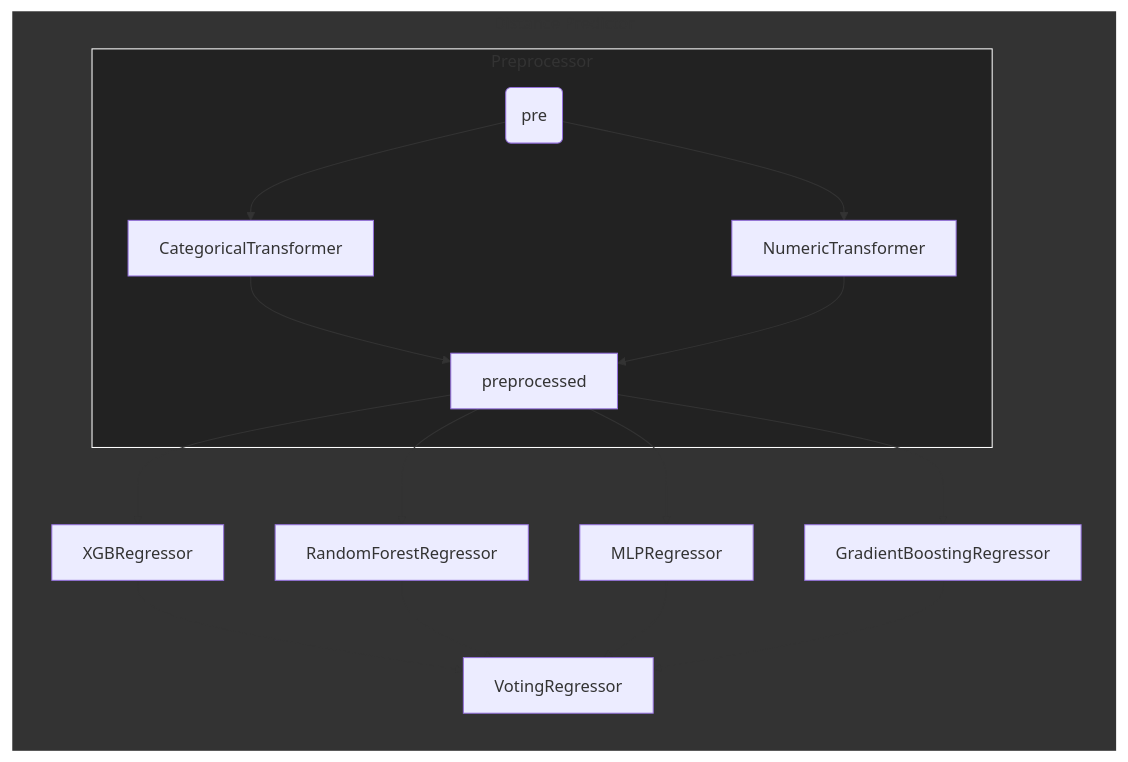
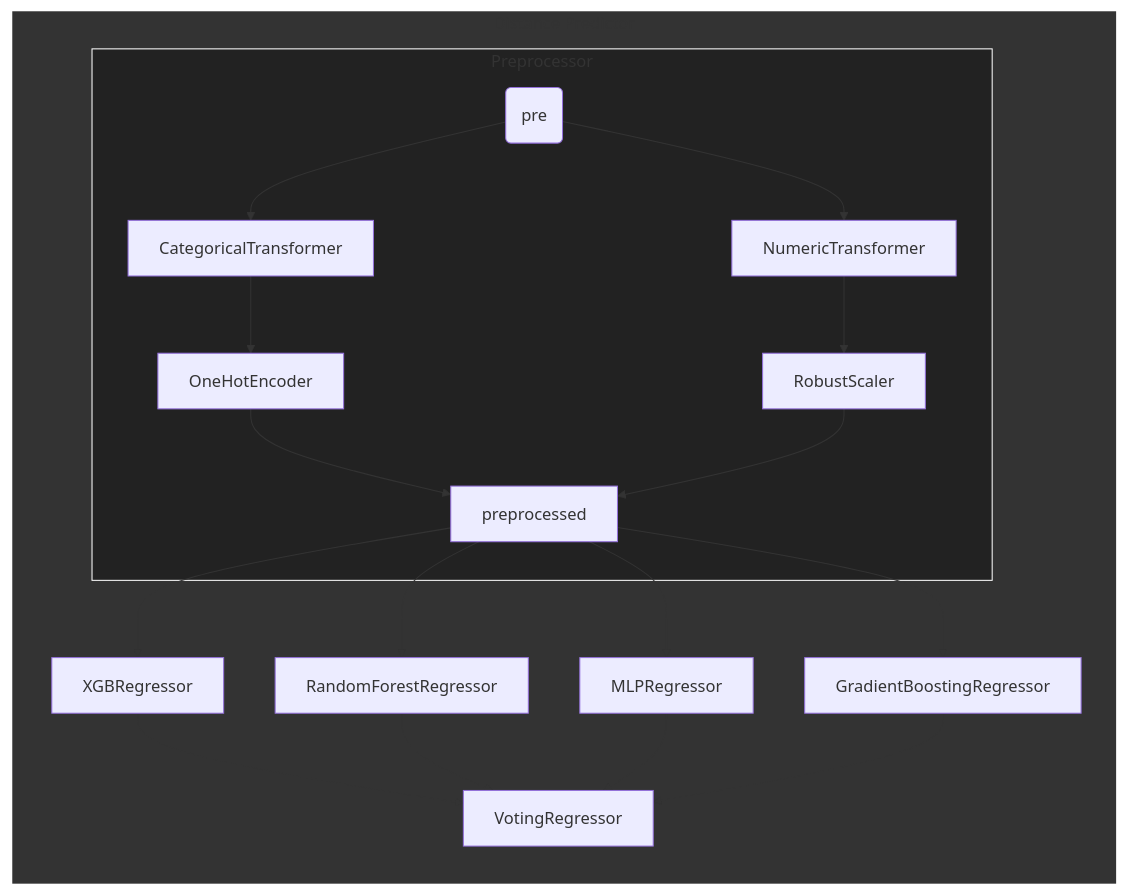
Before and after one commit to NickBok/Baseball: the first of 2 diagrams in Distance-Predictor/README.md, drawn with Mermaid.

````diff
--- a/Distance-Predictor/README.md
+++ b/Distance-Predictor/README.md
@@ -71,21 +71,23 @@
 ```mermaid
 graph LR
     subgraph 1[Distance Predictor]
         subgraph 2[Preprocessor]
             Preprocessor(pre) --> CategoricalTransformer;
             Preprocessor(pre) --> NumericTransformer;
-            CategoricalTransformer --> preprocessed;
-            NumericTransformer --> preprocessed;
+            CategoricalTransformer --> OneHotEncoder;
+            OneHotEncoder --> preprocessed;
+            NumericTransformer --> RobustScaler;
+            RobustScaler --> preprocessed;
         end
         preprocessed-->XGBRegressor;
         preprocessed-->RandomForestRegressor;
         preprocessed-->MLPRegressor;
         preprocessed-->GradientBoostingRegressor;
         XGBRegressor-->VotingRegressor;
         RandomForestRegressor-->VotingRegressor;
         MLPRegressor-->VotingRegressor;
         GradientBoostingRegressor-->VotingRegressor;
     end
 style 1 fill:#333333,stroke:#FFFFFF,stroke-width:2px
 style 2 fill:#222222,stroke:#FFFFFF,stroke-width:1px
 ```
````
